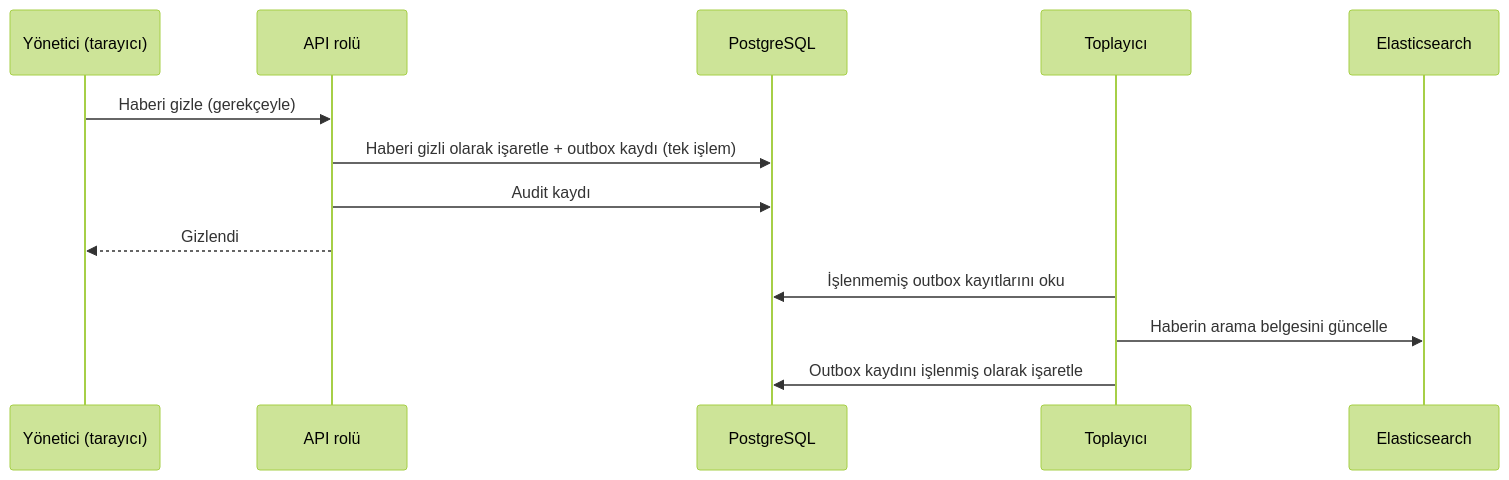
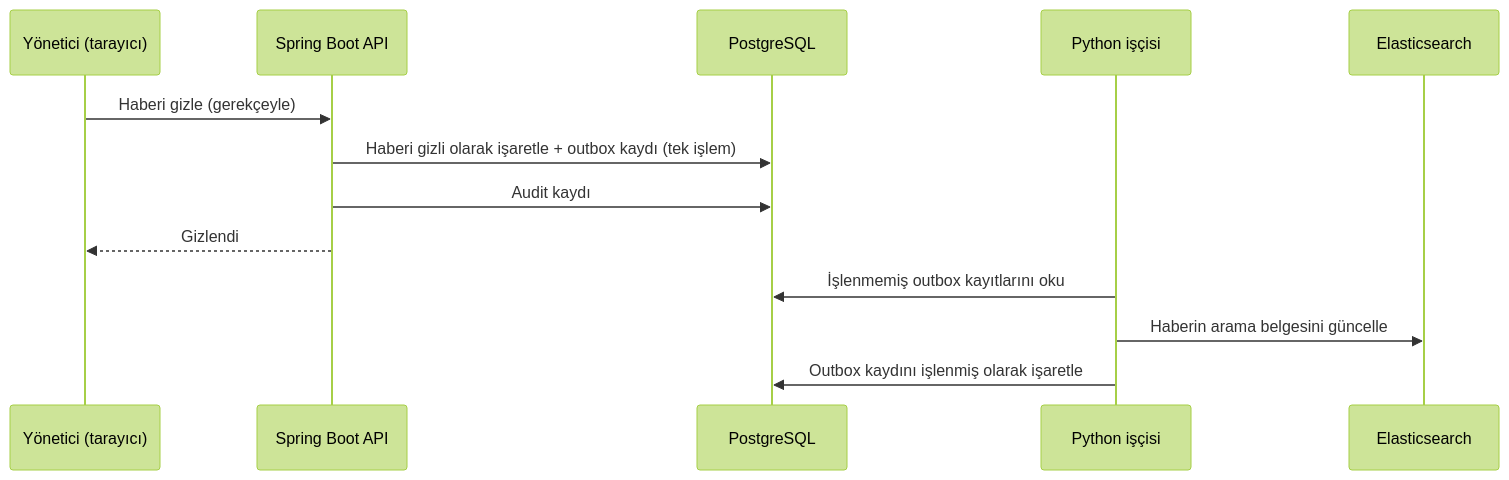
The eighth of 8 diagrams in docs/04-mimari.md (FallErdem/haber-arama-platformu), drawn with Mermaid (forest theme) before and after one commit. The commit also changed other lines of this file and 8 other files, not shown here.

````diff
--- a/docs/04-mimari.md
+++ b/docs/04-mimari.md
@@ -228,16 +231,16 @@
 ```mermaid
 sequenceDiagram
     participant Y as Yönetici (tarayıcı)
-    participant A as API rolü
+    participant A as Spring Boot API
     participant PG as PostgreSQL
-    participant T as Toplayıcı
+    participant T as Python işçisi
     participant ES as Elasticsearch
 
     Y->>A: Haberi gizle (gerekçeyle)
     A->>PG: Haberi gizli olarak işaretle + outbox kaydı (tek işlem)
     A->>PG: Audit kaydı
     A-->>Y: Gizlendi
     T->>PG: İşlenmemiş outbox kayıtlarını oku
     T->>ES: Haberin arama belgesini güncelle
     T->>PG: Outbox kaydını işlenmiş olarak işaretle
 ```
````
